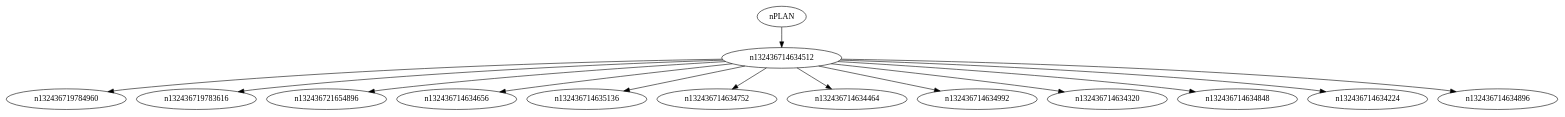
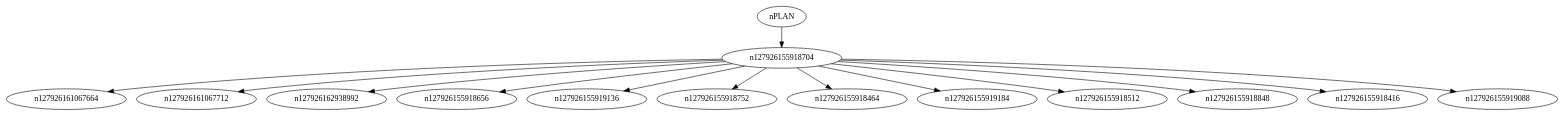
Before and after one commit to zeroualima/decoupeur_v1: the diagram in dot/arbre.dot, drawn with Graphviz. The commit also changed 8 other files, not shown here.

```diff
--- a/dot/arbre.dot
+++ b/dot/arbre.dot
@@ -1,15 +1,15 @@
 digraph g {
-nPLAN -> n132436714634512;
-n132436714634512 -> n132436719784960;
-n132436714634512 -> n132436719783616;
-n132436714634512 -> n132436721654896;
-n132436714634512 -> n132436714634656;
-n132436714634512 -> n132436714635136;
-n132436714634512 -> n132436714634752;
-n132436714634512 -> n132436714634464;
-n132436714634512 -> n132436714634992;
-n132436714634512 -> n132436714634320;
-n132436714634512 -> n132436714634848;
-n132436714634512 -> n132436714634224;
-n132436714634512 -> n132436714634896;
+nPLAN -> n127926155918704;
+n127926155918704 -> n127926161067664;
+n127926155918704 -> n127926161067712;
+n127926155918704 -> n127926162938992;
+n127926155918704 -> n127926155918656;
+n127926155918704 -> n127926155919136;
+n127926155918704 -> n127926155918752;
+n127926155918704 -> n127926155918464;
+n127926155918704 -> n127926155919184;
+n127926155918704 -> n127926155918512;
+n127926155918704 -> n127926155918848;
+n127926155918704 -> n127926155918416;
+n127926155918704 -> n127926155919088;
 }
```
